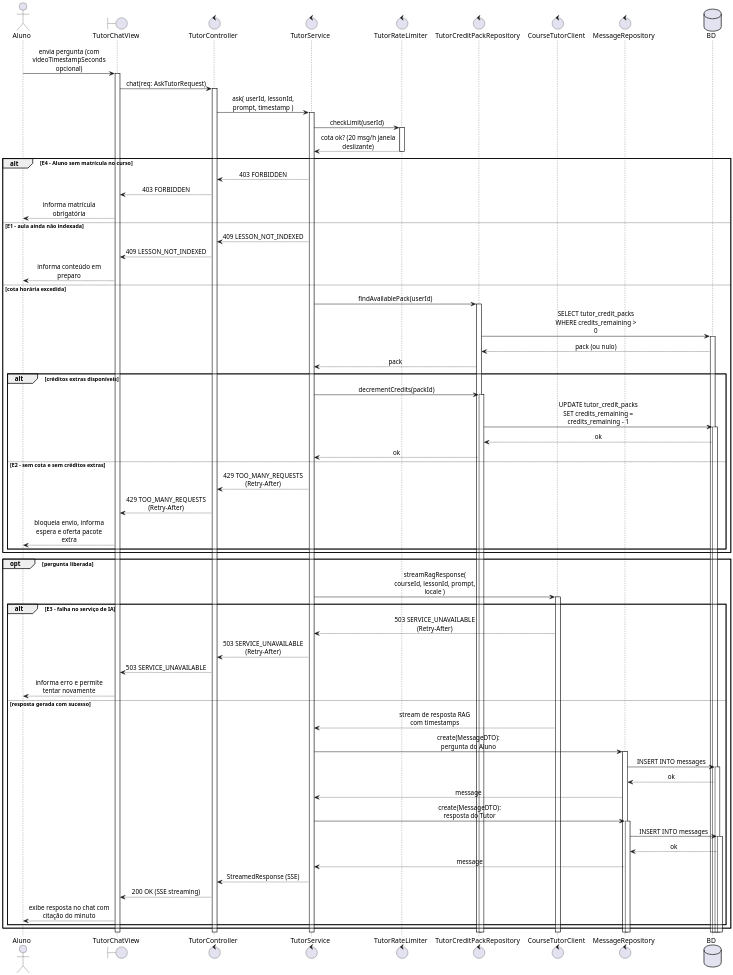
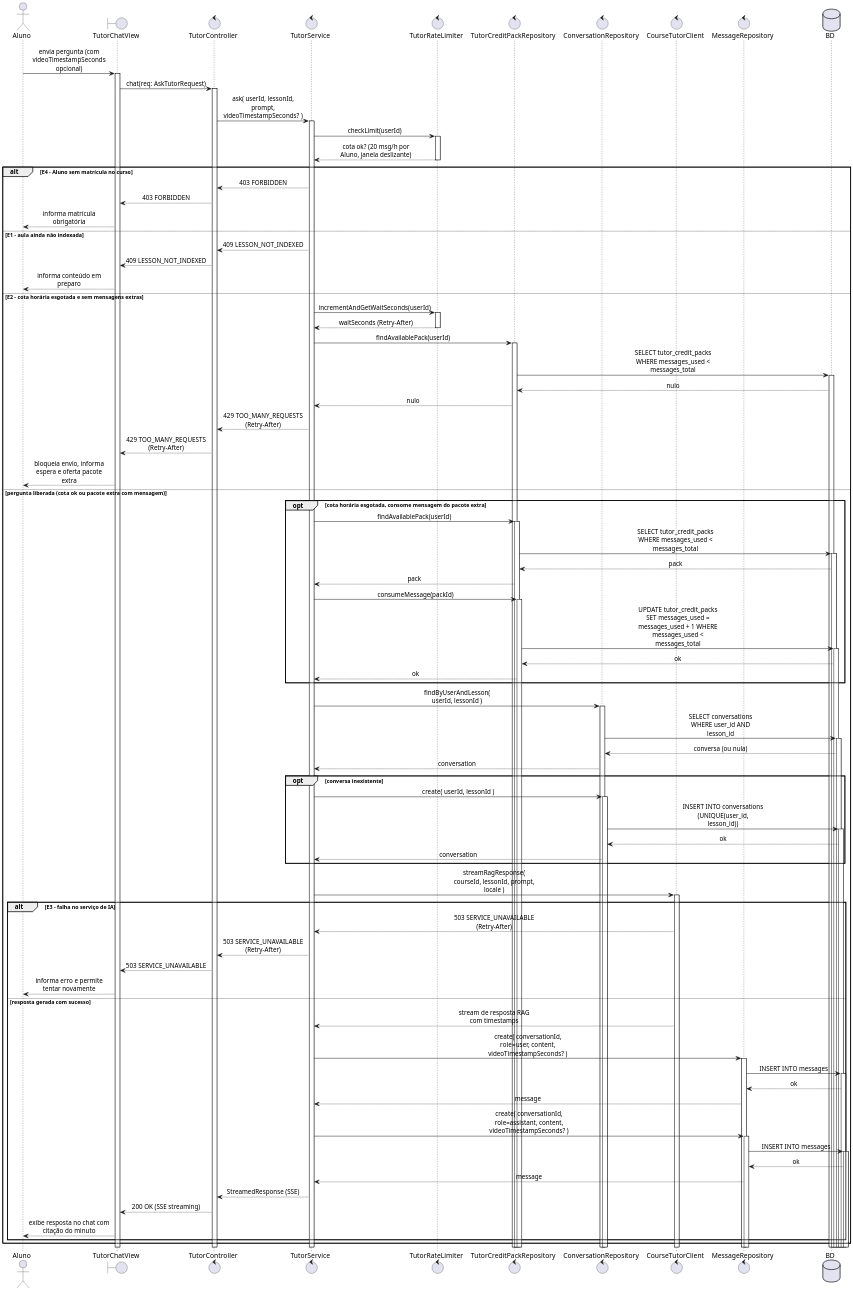
The diagram in scripts/drawio-seqgen/exemplos/14-sequencia-uc001.puml (Plataforma-de-Cursos-TCC/plataforma-cursos-docs), drawn with PlantUML before and after one commit. The commit also changed 12 other files, not shown here.

First line of the commit message:
docs(diagrama-de-sequencia): regenerate area D sequences with role icons

```diff
--- a/scripts/drawio-seqgen/exemplos/14-sequencia-uc001.puml
+++ b/scripts/drawio-seqgen/exemplos/14-sequencia-uc001.puml
@@ -3,71 +3,86 @@
 @startuml 14-sequencia-uc001
 skinparam shadowing false
 skinparam dpi 192
 skinparam defaultFontName Arial
 skinparam sequenceMessageAlign center
 skinparam responseMessageBelowArrow true
 skinparam wrapMessageWidth 170
 skinparam BoxPadding 8
 
 actor "Aluno" as ALU
 boundary TutorChatView as V
 control TutorController as C
 control TutorService as S
 control TutorRateLimiter as T
 control TutorCreditPackRepository as CP
+control ConversationRepository as CV
 control CourseTutorClient as CT
 control MessageRepository as MR
 database BD
 
 ALU -> V ++ : envia pergunta (com videoTimestampSeconds opcional)
 V -> C ++ : chat(req: AskTutorRequest)
-C -> S ++ : ask( userId, lessonId, prompt, timestamp )
+C -> S ++ : ask( userId, lessonId, prompt, videoTimestampSeconds? )
 S -> T ++ : checkLimit(userId)
-T --> S -- : cota ok? (20 msg/h janela deslizante)
+T --> S -- : cota ok? (20 msg/h por Aluno, janela deslizante)
 alt E4 - Aluno sem matrícula no curso
   S --> C : 403 FORBIDDEN
   C --> V : 403 FORBIDDEN
   V --> ALU : informa matrícula obrigatória
 else E1 - aula ainda não indexada
   S --> C : 409 LESSON_NOT_INDEXED
   C --> V : 409 LESSON_NOT_INDEXED
   V --> ALU : informa conteúdo em preparo
-else cota horária excedida
+else E2 - cota horária esgotada e sem mensagens extras
+  S -> T ++ : incrementAndGetWaitSeconds(userId)
+  T --> S -- : waitSeconds (Retry-After)
   S -> CP ++ : findAvailablePack(userId)
-  CP -> BD ++ : SELECT tutor_credit_packs WHERE credits_remaining > 0
-  BD --> CP : pack (ou nulo)
-  CP --> S : pack
-  alt créditos extras disponíveis
-    S -> CP ++ : decrementCredits(packId)
-    CP -> BD ++ : UPDATE tutor_credit_packs SET credits_remaining = credits_remaining - 1
+  CP -> BD ++ : SELECT tutor_credit_packs WHERE messages_used < messages_total
+  BD --> CP : nulo
+  CP --> S : nulo
+  S --> C : 429 TOO_MANY_REQUESTS (Retry-After)
+  C --> V : 429 TOO_MANY_REQUESTS (Retry-After)
+  V --> ALU : bloqueia envio, informa espera e oferta pacote extra
+else pergunta liberada (cota ok ou pacote extra com mensagem)
+  opt cota horária esgotada, consome mensagem do pacote extra
+    S -> CP ++ : findAvailablePack(userId)
+    CP -> BD ++ : SELECT tutor_credit_packs WHERE messages_used < messages_total
+    BD --> CP : pack
+    CP --> S : pack
+    S -> CP ++ : consumeMessage(packId)
+    CP -> BD ++ : UPDATE tutor_credit_packs SET messages_used = messages_used + 1 WHERE messages_used < messages_total
     BD --> CP : ok
     CP --> S : ok
-  else E2 - sem cota e sem créditos extras
-    S --> C : 429 TOO_MANY_REQUESTS (Retry-After)
-    C --> V : 429 TOO_MANY_REQUESTS (Retry-After)
-    V --> ALU : bloqueia envio, informa espera e oferta pacote extra
   end
-end
-opt pergunta liberada
+  S -> CV ++ : findByUserAndLesson( userId, lessonId )
+  CV -> BD ++ : SELECT conversations WHERE user_id AND lesson_id
+  BD --> CV : conversa (ou nula)
+  CV --> S : conversation
+  opt conversa inexistente
+    S -> CV ++ : create( userId, lessonId )
+    CV -> BD ++ : INSERT INTO conversations (UNIQUE(user_id, lesson_id))
+    BD --> CV : ok
+    CV --> S : conversation
+  end
   S -> CT ++ : streamRagResponse( courseId, lessonId, prompt, locale )
   alt E3 - falha no serviço de IA
     CT --> S : 503 SERVICE_UNAVAILABLE (Retry-After)
     S --> C : 503 SERVICE_UNAVAILABLE (Retry-After)
     C --> V : 503 SERVICE_UNAVAILABLE
     V --> ALU : informa erro e permite tentar novamente
   else resposta gerada com sucesso
     CT --> S : stream de resposta RAG com timestamps
-    S -> MR ++ : create(MessageDTO): pergunta do Aluno
+    S -> MR ++ : create( conversationId, role=user, content, videoTimestampSeconds? )
     MR -> BD ++ : INSERT INTO messages
     BD --> MR : ok
     MR --> S : message
-    S -> MR ++ : create(MessageDTO): resposta do Tutor
+    S -> MR ++ : create( conversationId, role=assistant, content, videoTimestampSeconds? )
     MR -> BD ++ : INSERT INTO messages
     BD --> MR : ok
     MR --> S : message
     S --> C : StreamedResponse (SSE)
     C --> V : 200 OK (SSE streaming)
     V --> ALU : exibe resposta no chat com citação do minuto
   end
 end
 @enduml
```
